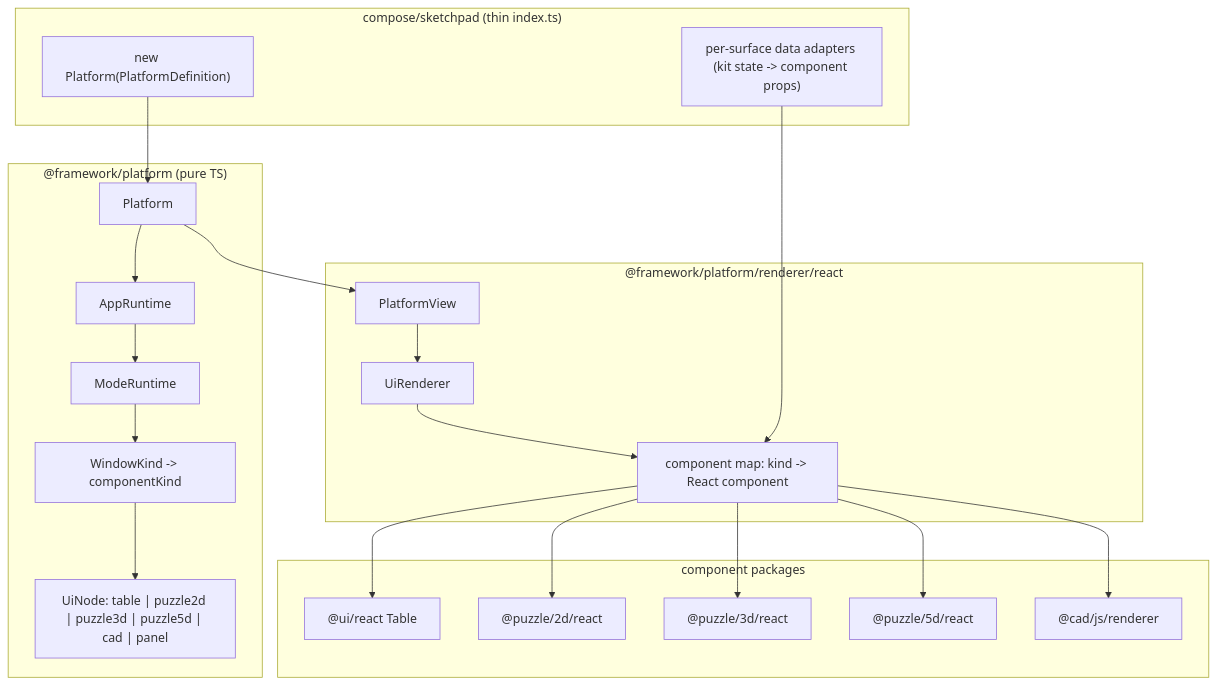
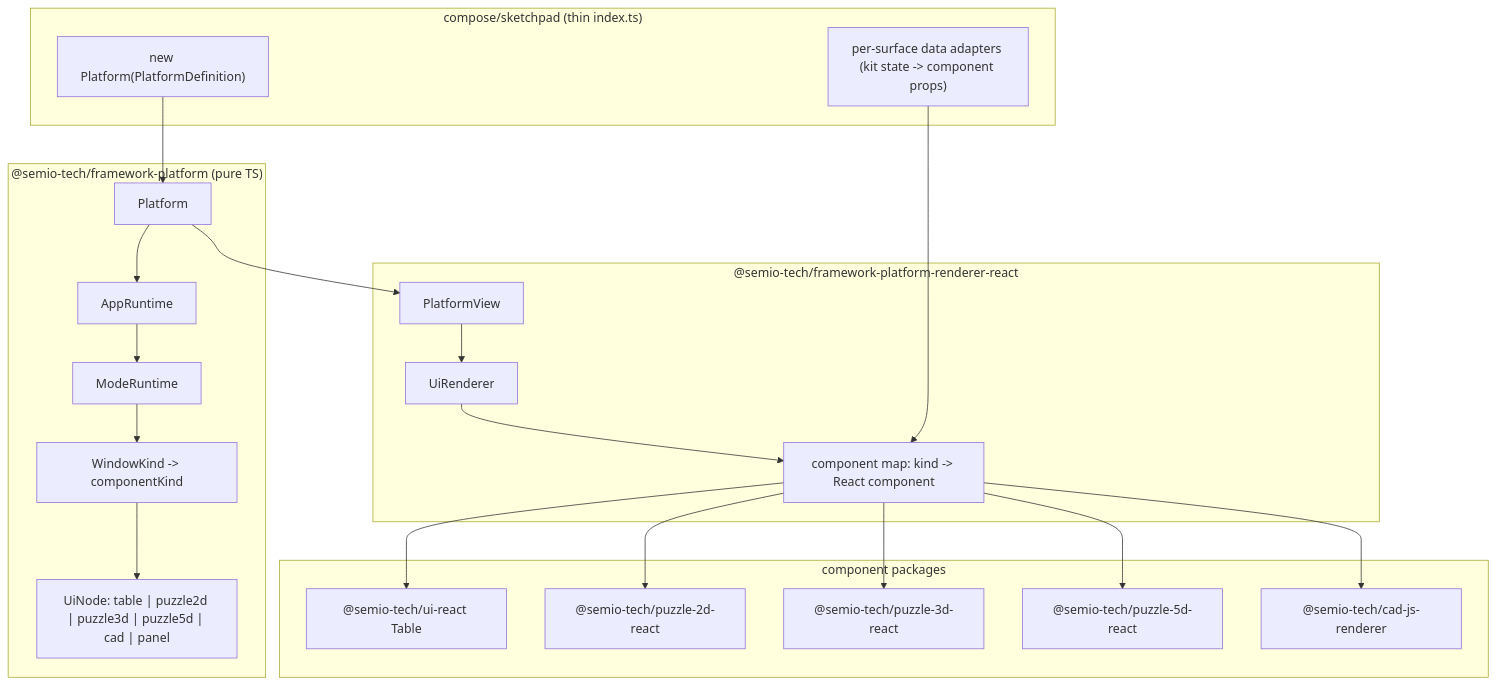
Before and after one commit to usalu/semio: the diagram in .cursor/plans/sketchpad_platform_refactor_2590dfdf.plan.md, drawn with Mermaid. The commit also changed other lines of this file and 1282 other files, not shown here.

````diff
--- a/.cursor/plans/sketchpad_platform_refactor_2590dfdf.plan.md
+++ b/.cursor/plans/sketchpad_platform_refactor_2590dfdf.plan.md
@@ -48,35 +48,35 @@
 ```mermaid
 flowchart TB
   subgraph sketchpad ["compose/sketchpad (thin index.ts)"]
     def["new Platform(PlatformDefinition)"]
     adapters["per-surface data adapters (kit state -> component props)"]
   end
-  subgraph core ["@framework/platform (pure TS)"]
+  subgraph core ["@semio-tech/framework-platform (pure TS)"]
     Platform[Platform]
     App[AppRuntime]
     Mode[ModeRuntime]
     WK["WindowKind -> componentKind"]
     Nodes["UiNode: table | puzzle2d | puzzle3d | puzzle5d | cad | panel"]
   end
-  subgraph react ["@framework/platform/renderer/react"]
+  subgraph react ["@semio-tech/framework-platform-renderer-react"]
     PV[PlatformView]
     UR[UiRenderer]
     CM["component map: kind -> React component"]
   end
   subgraph comps ["component packages"]
-    UiTable["@ui/react Table"]
-    P2["@puzzle/2d/react"]
-    P3["@puzzle/3d/react"]
-    P5["@puzzle/5d/react"]
-    CAD["@cad/js/renderer"]
+    UiTable["@semio-tech/ui-react Table"]
+    P2["@semio-tech/puzzle-2d-react"]
+    P3["@semio-tech/puzzle-3d-react"]
+    P5["@semio-tech/puzzle-5d-react"]
+    CAD["@semio-tech/cad-js-renderer"]
   end
   def --> Platform
   Platform --> App --> Mode --> WK --> Nodes
   adapters --> CM
   Platform --> PV --> UR --> CM
   CM --> UiTable
   CM --> P2
   CM --> P3
   CM --> P5
   CM --> CAD
 ```
````
